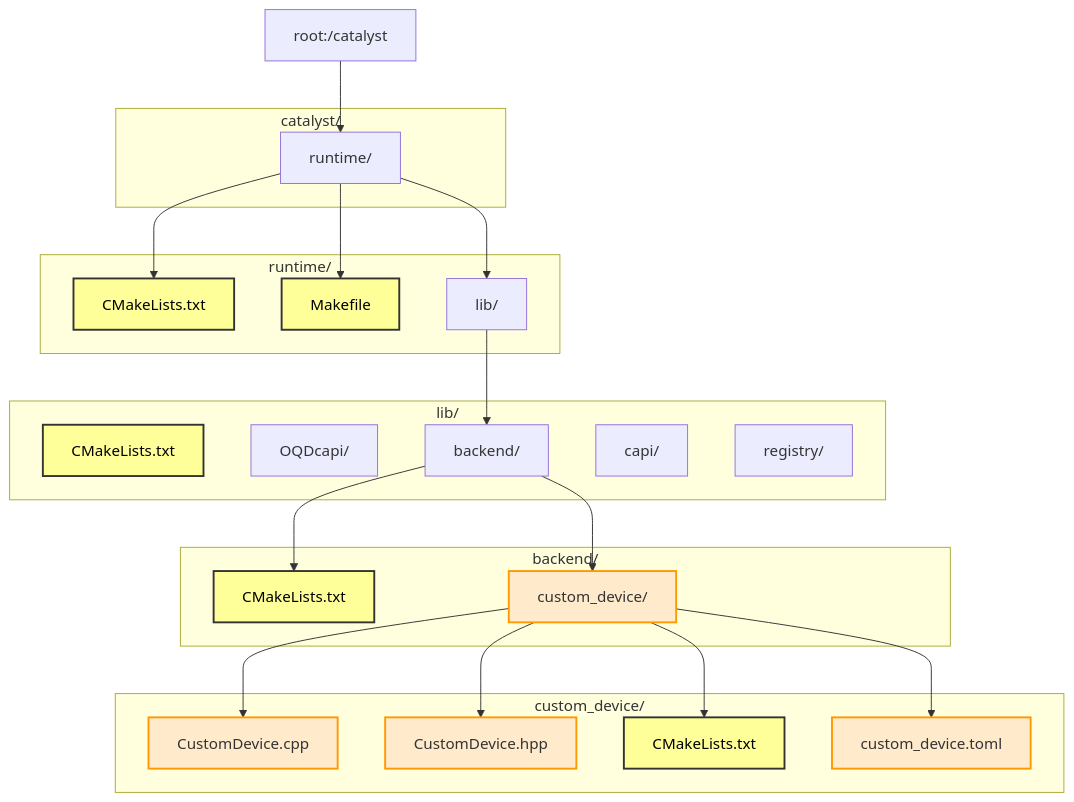
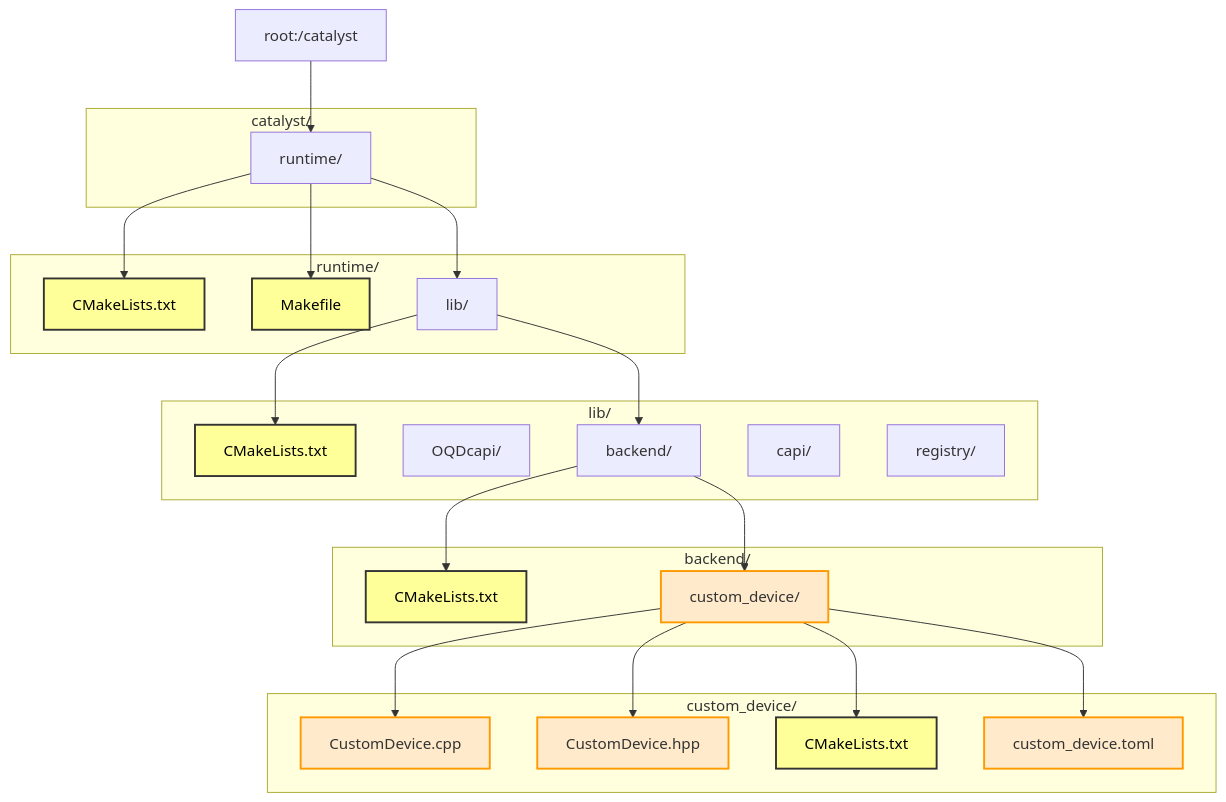
The diagram in README.md (Ameya674/how_to_add_a_custom_device_in_Catalyst), drawn with Mermaid before and after one commit.

````diff
--- a/README.md
+++ b/README.md
@@ -3,57 +3,59 @@
 ```mermaid
 graph TD
 
   A[root:/catalyst]
 
   subgraph catalyst/
     A1[runtime/]
   end
 
   subgraph runtime/
     R1[CMakeLists.txt]
     R2[Makefile]
     R3[lib/]
   end
 
   subgraph lib/
     L1[CMakeLists.txt]
     L2[OQDcapi/]
     L3[backend/]
     L4[capi/]
     L5[registry/]
   end
 
   subgraph backend/
     B1[CMakeLists.txt]
     B2[custom_device/]
   end
 
   subgraph custom_device/
     CD1[CustomDevice.cpp]
     CD2[CustomDevice.hpp]
     CD3[CMakeLists.txt]
     CD4[custom_device.toml]
   end
 
   %% Relationships
   A --> A1
-  A1 --> R3
   A1 --> R1
   A1 --> R2
+  A1 --> R3
+  R3 --> L1
   R3 --> L3
+  L3 --> B1
   L3 --> B2
-  L3 --> B1
   B2 --> CD1
   B2 --> CD2
   B2 --> CD3
   B2 --> CD4
 
   %% Styling
+  classDef yellow fill:#ffff99,stroke:#333,stroke-width:2px,color:#000;
   classDef custom fill:#ffebcc,stroke:#ff9900,stroke-width:2px;
-  classDef yellow fill:#ffff99,stroke:#333,stroke-width:2px,color:#000;
 
   class R1,R2,L1,B1,CD3 yellow;
   class B2,CD1,CD2,CD4 custom;
 
 
+
 ```
````
